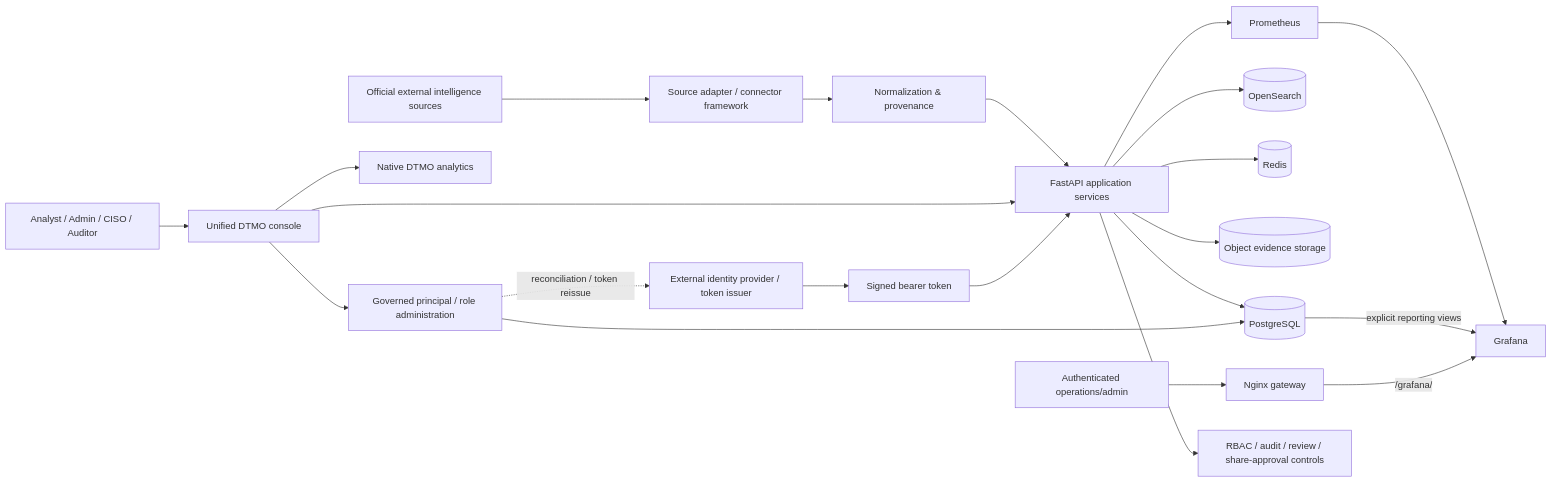
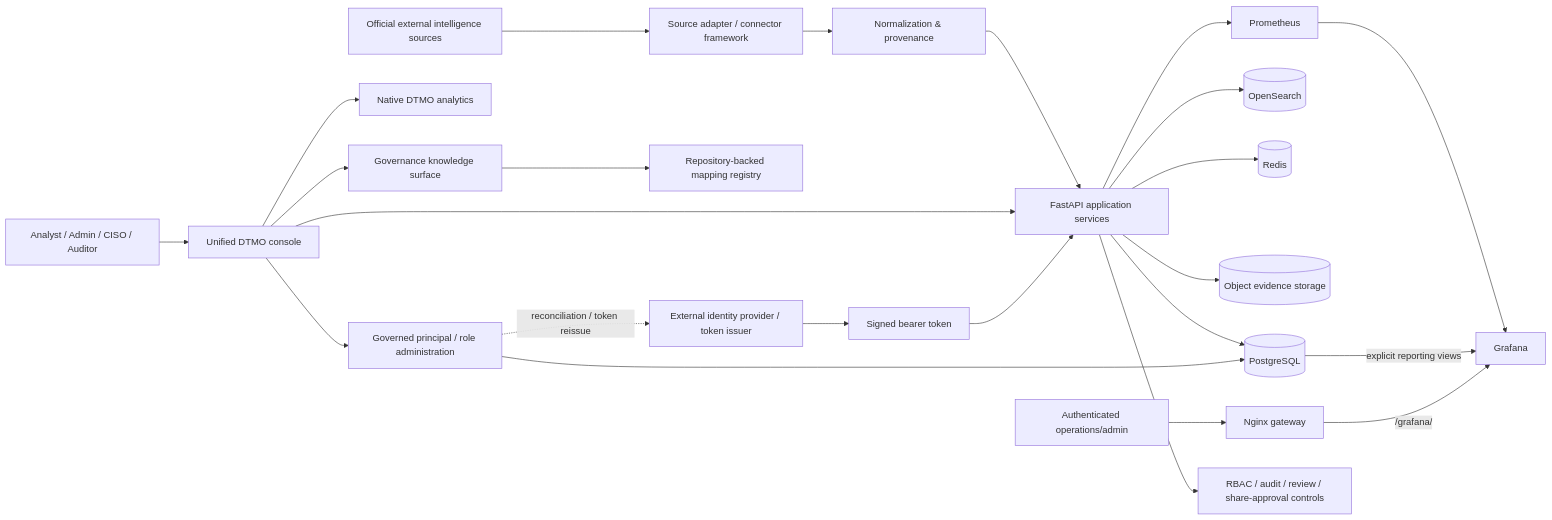
The diagram in docs/architecture/SYSTEM_ARCHITECTURE.md (GJvManen/dtmo), drawn with Mermaid before and after one commit. The commit also changed other lines of this file, not shown here.

Commit message:
docs: add RC13.4 governance architecture

````diff
--- a/docs/architecture/SYSTEM_ARCHITECTURE.md
+++ b/docs/architecture/SYSTEM_ARCHITECTURE.md
@@ -12,29 +12,31 @@
 ```mermaid
 flowchart LR
     EXT[Official external intelligence sources] --> CF[Source adapter / connector framework]
     CF --> NP[Normalization & provenance]
     NP --> API[FastAPI application services]
 
     API --> PG[(PostgreSQL)]
     API --> OS[(OpenSearch)]
     API --> RD[(Redis)]
     API --> OBJ[(Object evidence storage)]
 
     USER[Analyst / Admin / CISO / Auditor] --> CONSOLE[Unified DTMO console]
     CONSOLE --> API
     CONSOLE --> NATIVE[Native DTMO analytics]
     CONSOLE --> RBAC[Governed principal / role administration]
+    CONSOLE --> GKS[Governance knowledge surface]
     RBAC --> PG
+    GKS --> REG[Repository-backed mapping registry]
 
     IDP[External identity provider / token issuer] --> TOKEN[Signed bearer token]
     TOKEN --> API
     RBAC -. reconciliation / token reissue .-> IDP
 
     API --> PM[Prometheus]
     PM --> GF[Grafana]
     PG -->|explicit reporting views| GF
     OPS[Authenticated operations/admin] --> GW[Nginx gateway]
     GW -->|/grafana/| GF
 
     API --> GOV[RBAC / audit / review / share-approval controls]
 ```
````
